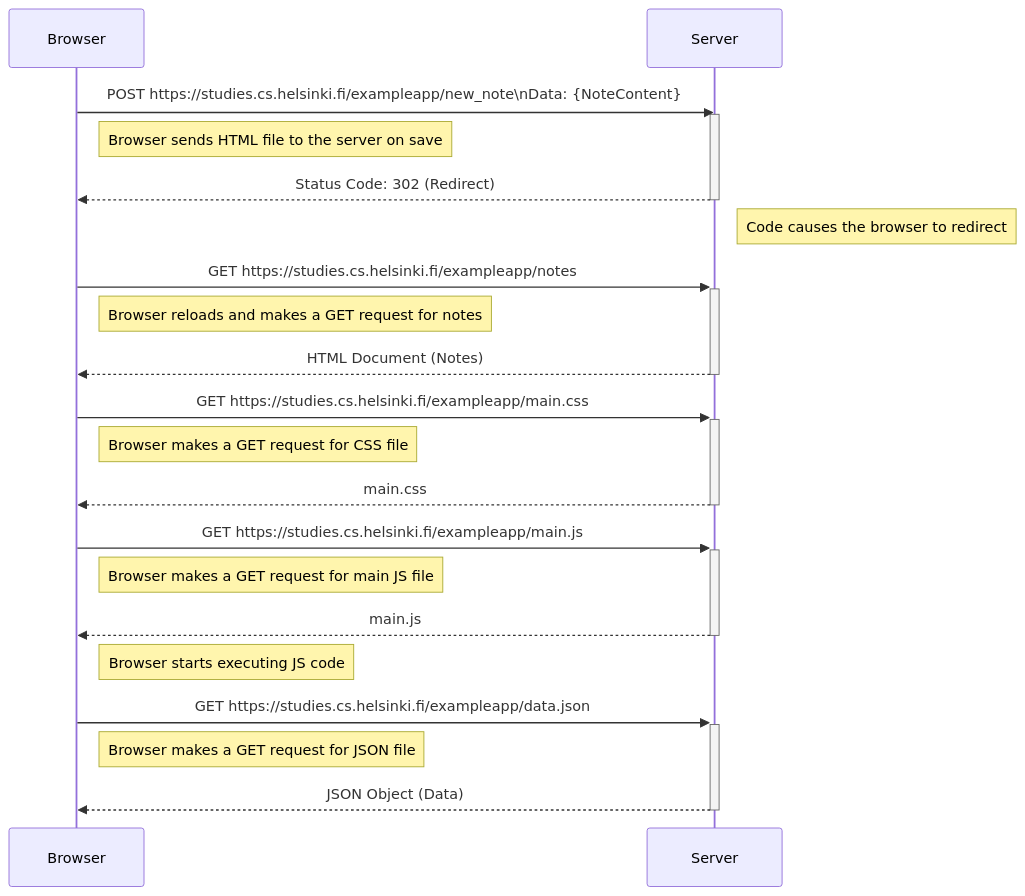
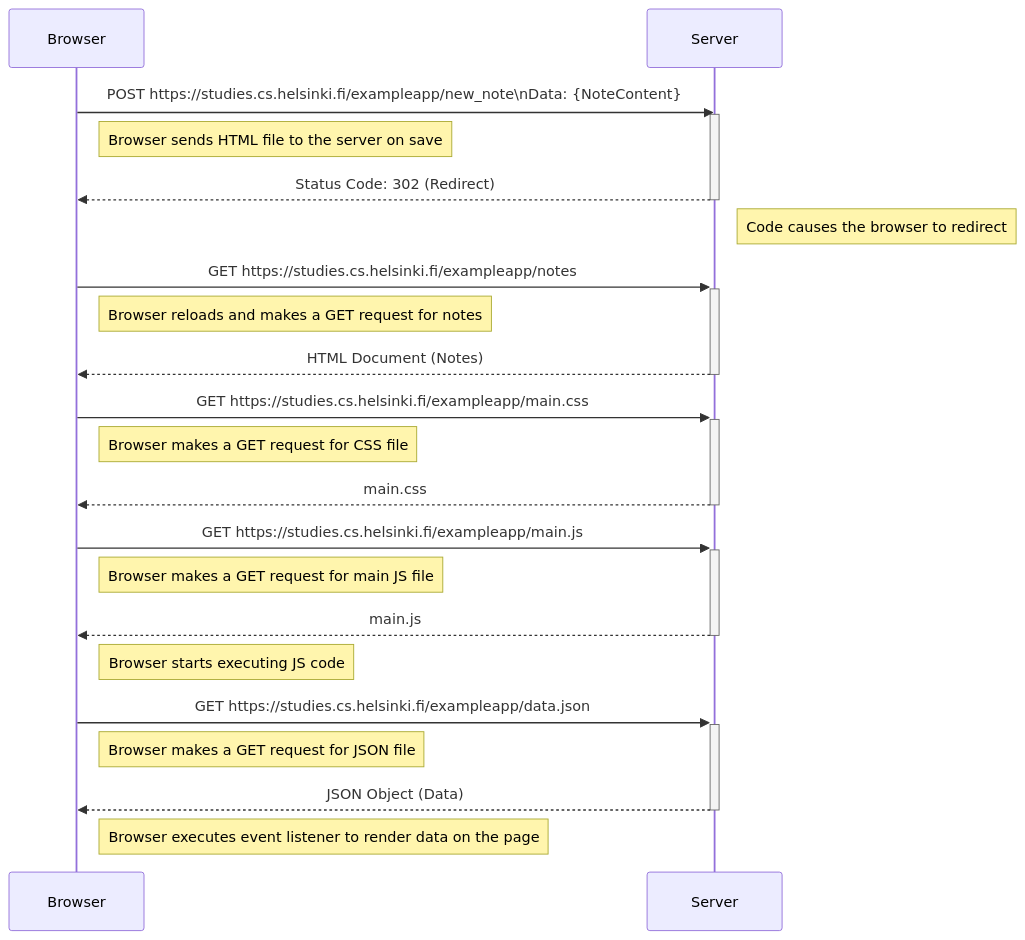
Before and after one commit to MrSaadMasood/full-stack-open-2023: the diagram in part0/newNoteDiagram/README.md, drawn with Mermaid.

````diff
--- a/part0/newNoteDiagram/README.md
+++ b/part0/newNoteDiagram/README.md
@@ -3,25 +3,27 @@
 ```mermaid
 sequenceDiagram
     participant Browser
     participant Server
     
     Browser->>Server: POST https://studies.cs.helsinki.fi/exampleapp/new_note\nData: {NoteContent}
     activate Server
     Note right of Browser: Browser sends HTML file to the server on save
     Server-->>Browser: Status Code: 302 (Redirect)
     deactivate Server
     Note right of Server: Code causes the browser to redirect
     Browser->>+Server: GET https://studies.cs.helsinki.fi/exampleapp/notes
     Note right of Browser: Browser reloads and makes a GET request for notes
     Server-->>-Browser: HTML Document (Notes)
     Browser->>+Server: GET https://studies.cs.helsinki.fi/exampleapp/main.css
     Note right of Browser: Browser makes a GET request for CSS file
     Server-->>-Browser: main.css
     Browser->>+Server: GET https://studies.cs.helsinki.fi/exampleapp/main.js
     Note right of Browser: Browser makes a GET request for main JS file
     Server-->>-Browser: main.js
     Note right of Browser: Browser starts executing JS code
     Browser->>+Server: GET https://studies.cs.helsinki.fi/exampleapp/data.json
     Note right of Browser: Browser makes a GET request for JSON file
     Server-->>-Browser: JSON Object (Data)
+    Note right of Browser: Browser executes event listener to render data on the page
+
 ```
````
